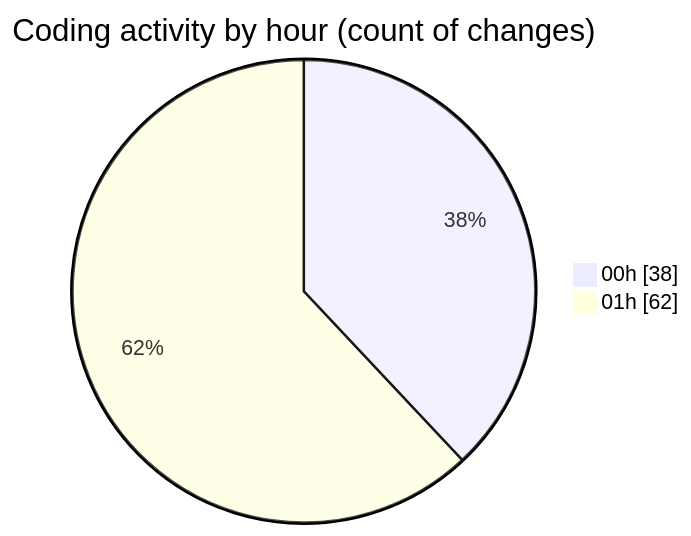
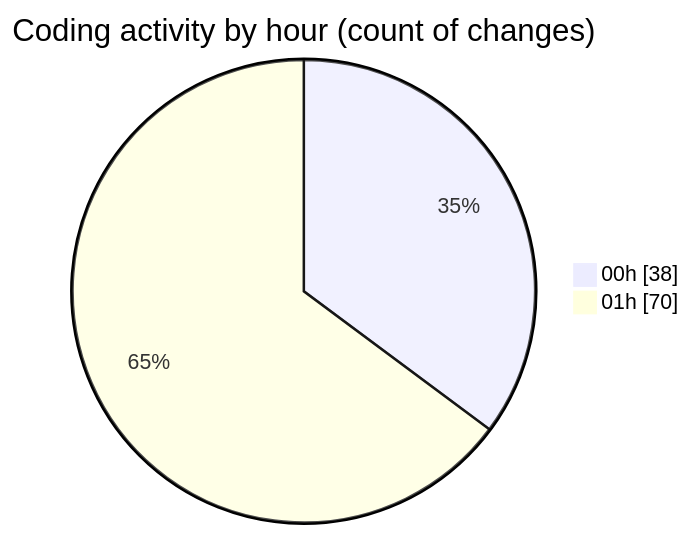
The second of 2 diagrams in 2025-07-27/quanlyrapchieuphim-1/README.md (lephambinh05/code-tracking), drawn with Mermaid before and after one commit. The commit also changed other lines of this file and 1 other file, not shown here.

````diff
--- a/2025-07-27/quanlyrapchieuphim-1/README.md
+++ b/2025-07-27/quanlyrapchieuphim-1/README.md
@@ -60,6 +61,6 @@
 ```mermaid
 pie showData
 title Coding activity by hour (count of changes)
 "00h" : 38
-"01h" : 62
+"01h" : 70
 ```
````
